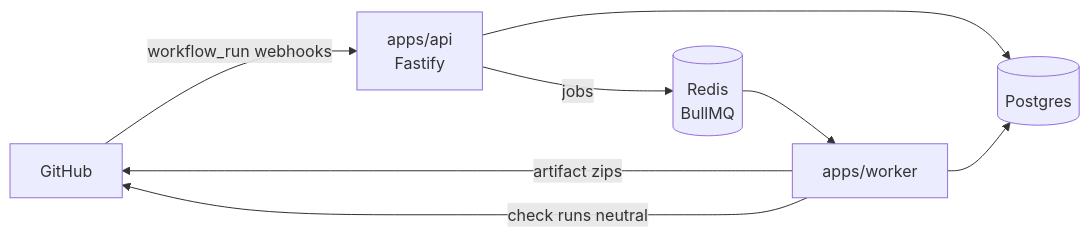
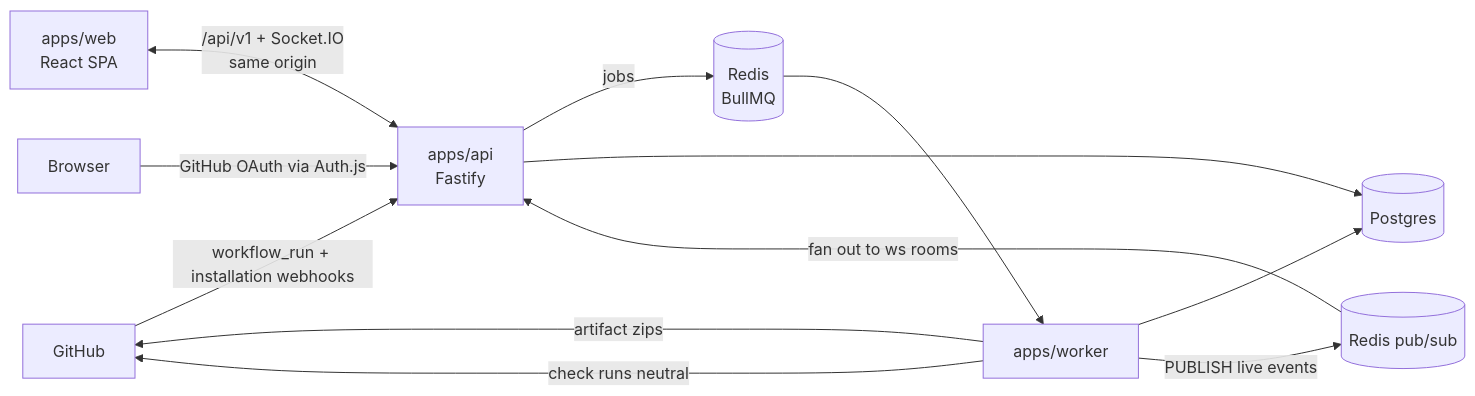
Before and after one commit to annacrisstina/devflow: the first of 3 diagrams in docs/architecture/system-overview.md, drawn with Mermaid. The commit also changed other lines of this file and 8 other files, not shown here.

Commit message:
docs(docs): update project memory, dev log and architecture docs

````diff
--- a/docs/architecture/system-overview.md
+++ b/docs/architecture/system-overview.md
@@ -9,10 +9,14 @@
 ```mermaid
 flowchart LR
-    GH[GitHub] -->|workflow_run webhooks| API[apps/api<br/>Fastify]
+    GH[GitHub] -->|workflow_run + installation webhooks| API[apps/api<br/>Fastify]
     API -->|jobs| Q[(Redis<br/>BullMQ)]
     Q --> W[apps/worker]
     W -->|artifact zips| GH
     W -->|check runs neutral| GH
     API --> PG[(Postgres)]
     W --> PG
+    W -->|PUBLISH live events| PS[(Redis pub/sub)]
+    PS -->|fan out to ws rooms| API
+    WEB[apps/web<br/>React SPA] <-->|/api/v1 + Socket.IO<br/>same origin| API
+    U[Browser] -->|GitHub OAuth via Auth.js| API
 ```
````
